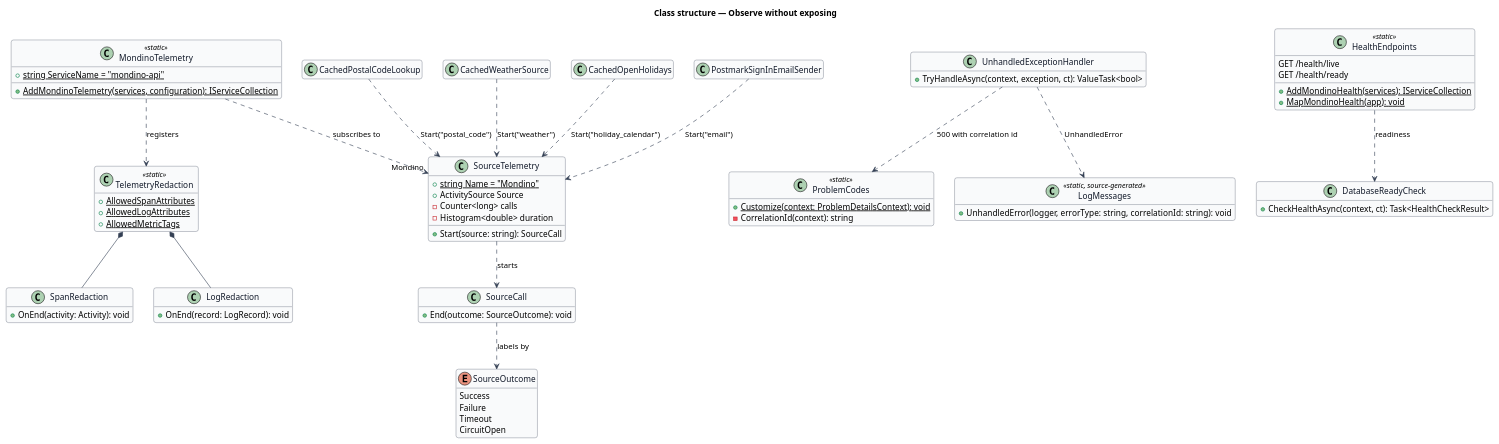
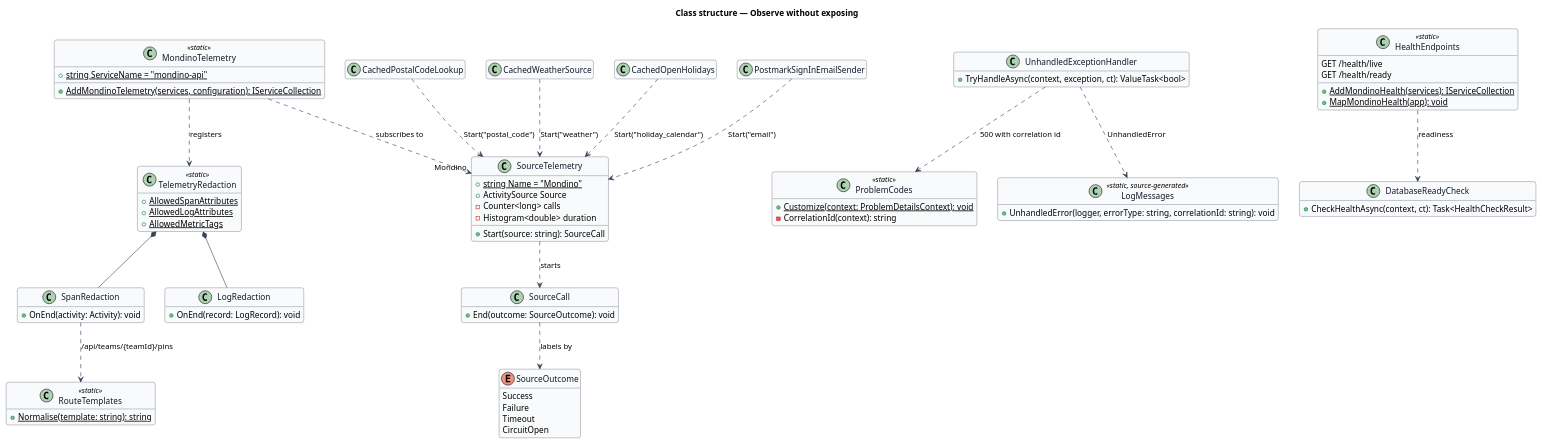
The diagram in docs/detailed-designs/platform/observe-without-exposing/diagrams/class-structure.puml (QuinntyneBrown/Mondino), drawn with PlantUML before and after one commit. The commit also changed 3 other files, not shown here.

```diff
--- a/docs/detailed-designs/platform/observe-without-exposing/diagrams/class-structure.puml
+++ b/docs/detailed-designs/platform/observe-without-exposing/diagrams/class-structure.puml
@@ -1,99 +1,104 @@
 @startuml
 skinparam backgroundColor #FFFFFF
 skinparam shadowing false
 skinparam roundcorner 8
 skinparam defaultFontName Arial
 skinparam ArrowColor #344054
 skinparam class {
   BorderColor #344054
   FontColor #101828
   BackgroundColor #F9FAFB
 }
 hide empty members
 title Class structure — Observe without exposing
 
 class MondinoTelemetry <<static>> {
   +{static} string ServiceName = "mondino-api"
   +{static} AddMondinoTelemetry(services, configuration): IServiceCollection
 }
 
 class SourceTelemetry {
   +{static} string Name = "Mondino"
   +ActivitySource Source
   -Counter<long> calls
   -Histogram<double> duration
   +Start(source: string): SourceCall
 }
 
 class SourceCall {
   +End(outcome: SourceOutcome): void
 }
 
 enum SourceOutcome {
   Success
   Failure
   Timeout
   CircuitOpen
 }
 
 class TelemetryRedaction <<static>> {
   +{static} AllowedSpanAttributes
   +{static} AllowedLogAttributes
   +{static} AllowedMetricTags
 }
 
 class SpanRedaction {
   +OnEnd(activity: Activity): void
 }
 
+class RouteTemplates <<static>> {
+  +{static} Normalise(template: string): string
+}
+
 class LogRedaction {
   +OnEnd(record: LogRecord): void
 }
 
 class UnhandledExceptionHandler {
   +TryHandleAsync(context, exception, ct): ValueTask<bool>
 }
 
 class ProblemCodes <<static>> {
   +{static} Customize(context: ProblemDetailsContext): void
   -CorrelationId(context): string
 }
 
 class LogMessages <<static, source-generated>> {
   +UnhandledError(logger, errorType: string, correlationId: string): void
 }
 
 class HealthEndpoints <<static>> {
   +{static} AddMondinoHealth(services): IServiceCollection
   +{static} MapMondinoHealth(app): void
   GET /health/live
   GET /health/ready
 }
 
 class DatabaseReadyCheck {
   +CheckHealthAsync(context, ct): Task<HealthCheckResult>
 }
 
 class CachedPostalCodeLookup {
 }
 class CachedWeatherSource {
 }
 class CachedOpenHolidays {
 }
 class PostmarkSignInEmailSender {
 }
 
 SourceTelemetry ..> SourceCall : starts
 SourceCall ..> SourceOutcome : labels by
 MondinoTelemetry ..> SourceTelemetry : subscribes to "Mondino"
 MondinoTelemetry ..> TelemetryRedaction : registers
 TelemetryRedaction *-- SpanRedaction
 TelemetryRedaction *-- LogRedaction
+SpanRedaction ..> RouteTemplates : /api/teams/{teamId}/pins
 CachedPostalCodeLookup ..> SourceTelemetry : Start("postal_code")
 CachedWeatherSource ..> SourceTelemetry : Start("weather")
 CachedOpenHolidays ..> SourceTelemetry : Start("holiday_calendar")
 PostmarkSignInEmailSender ..> SourceTelemetry : Start("email")
 UnhandledExceptionHandler ..> LogMessages : UnhandledError
 UnhandledExceptionHandler ..> ProblemCodes : 500 with correlation id
 HealthEndpoints ..> DatabaseReadyCheck : readiness
 @enduml
```
